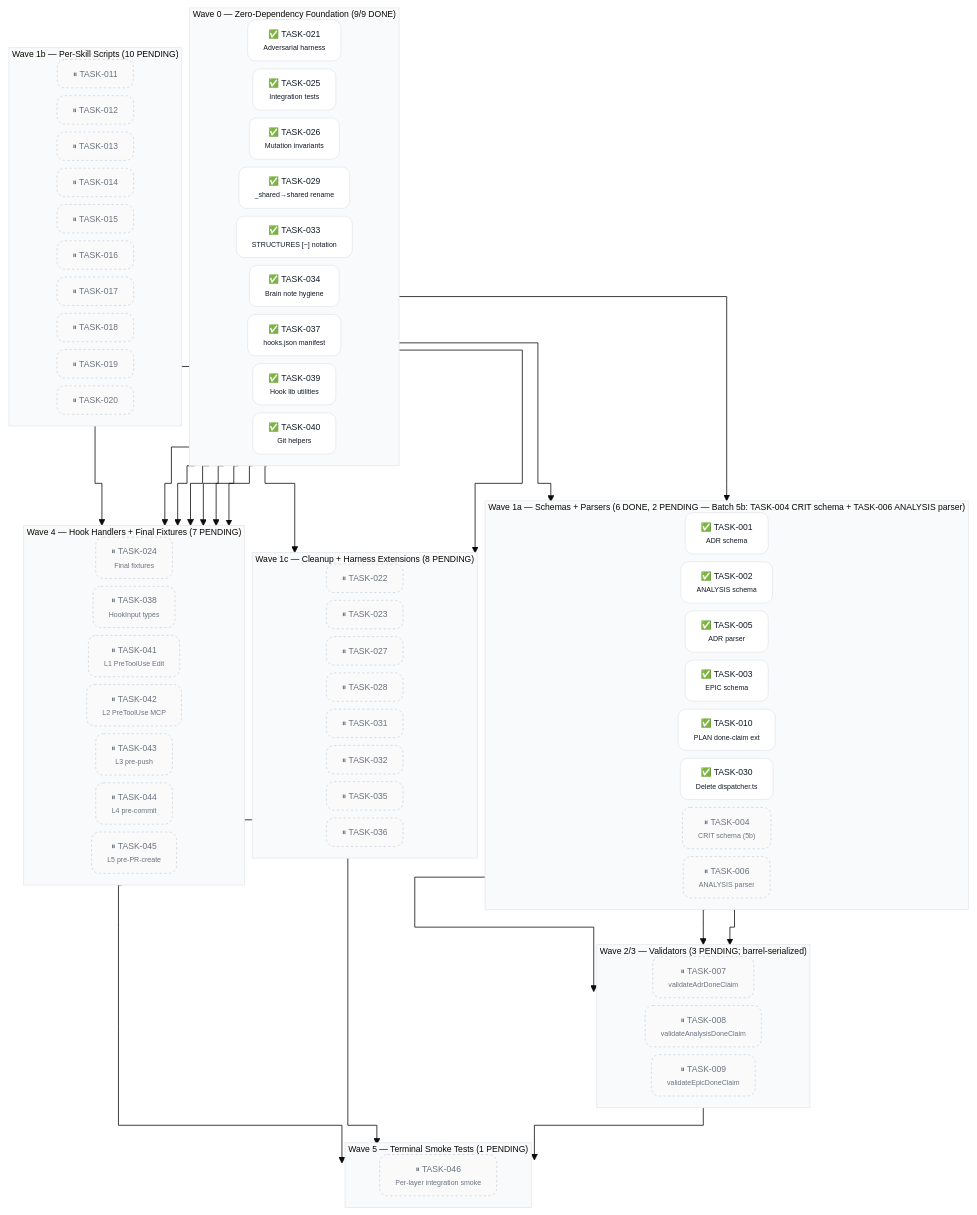
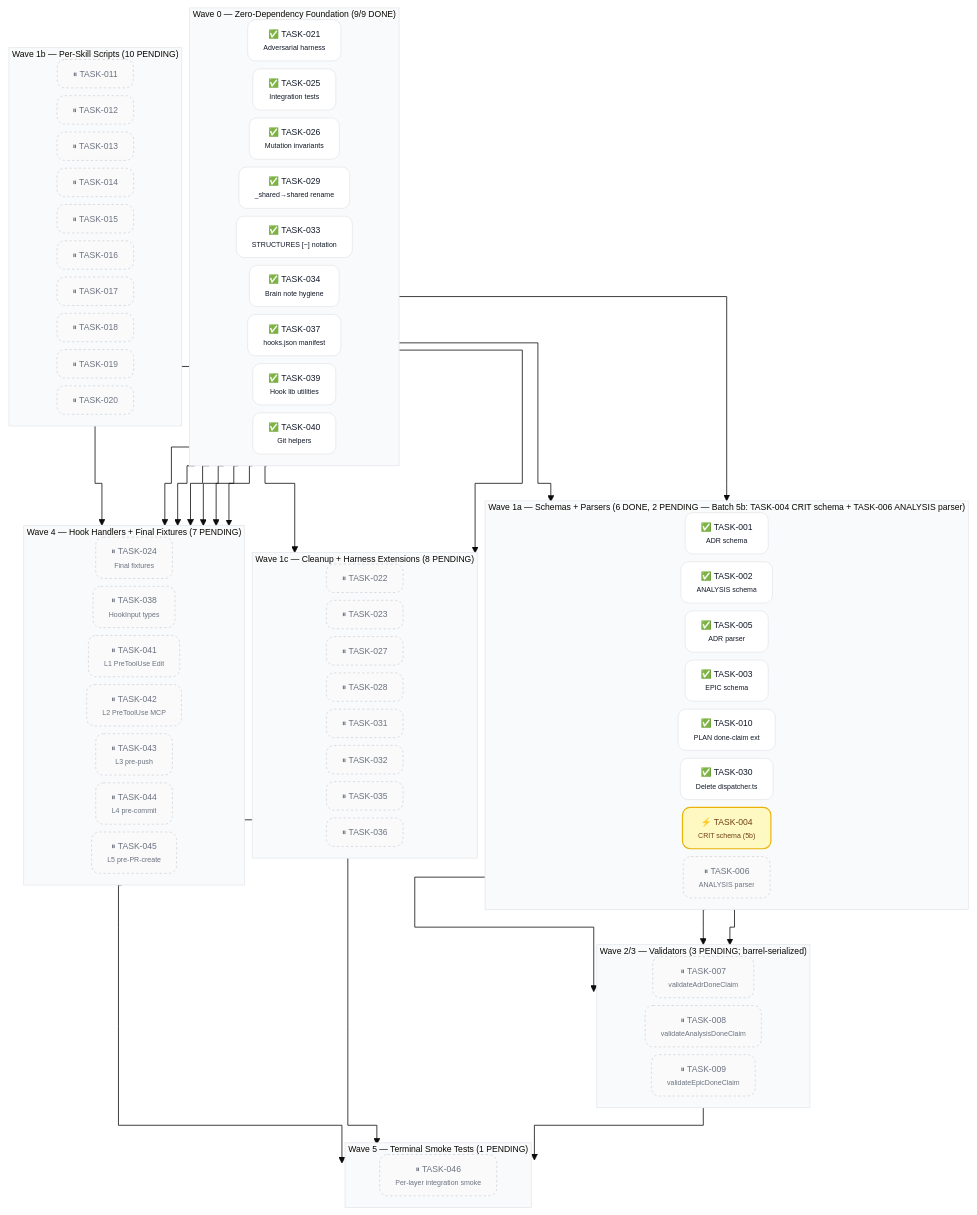
Before and after one commit to acmelabs-15/skills: the second of 2 diagrams in docs/planning/PLAN-001-skills-ecosystem.md, drawn with Mermaid. The commit also changed other lines of this file and 1 other file, not shown here.

First line of the commit message:
plan(SPEC-008): Batch 5b dependency catch; solo TASK-004 dispatch (Event 71)

````diff
--- a/docs/planning/PLAN-001-skills-ecosystem.md
+++ b/docs/planning/PLAN-001-skills-ecosystem.md
@@ -177,7 +177,7 @@
     T003["✅ TASK-003<br/><span style='font-size:9px'>EPIC schema</span>"]
     T010["✅ TASK-010<br/><span style='font-size:9px'>PLAN done-claim ext</span>"]
     T030["✅ TASK-030<br/><span style='font-size:9px'>Delete dispatcher.ts</span>"]
-    T004["⏸ TASK-004<br/><span style='font-size:9px'>CRIT schema (5b)</span>"]
+    T004["⚡ TASK-004<br/><span style='font-size:9px'>CRIT schema (5b)</span>"]
     T006["⏸ TASK-006<br/><span style='font-size:9px'>ANALYSIS parser</span>"]
   end
 
@@ -253,5 +253,6 @@
   T045 --> T046
 
   class T001,T002,T003,T005,T010,T021,T025,T026,T029,T030,T033,T034,T037,T039,T040 done
-  class T004,T006,T007,T008,T009,T011,T012,T013,T014,T015,T016,T017,T018,T019,T020,T022,T023,T024,T027,T028,T031,T032,T035,T036,T038,T041,T042,T043,T044,T045,T046 pending
+  class T004 inprogress
+  class T006,T007,T008,T009,T011,T012,T013,T014,T015,T016,T017,T018,T019,T020,T022,T023,T024,T027,T028,T031,T032,T035,T036,T038,T041,T042,T043,T044,T045,T046 pending
 ```
````
